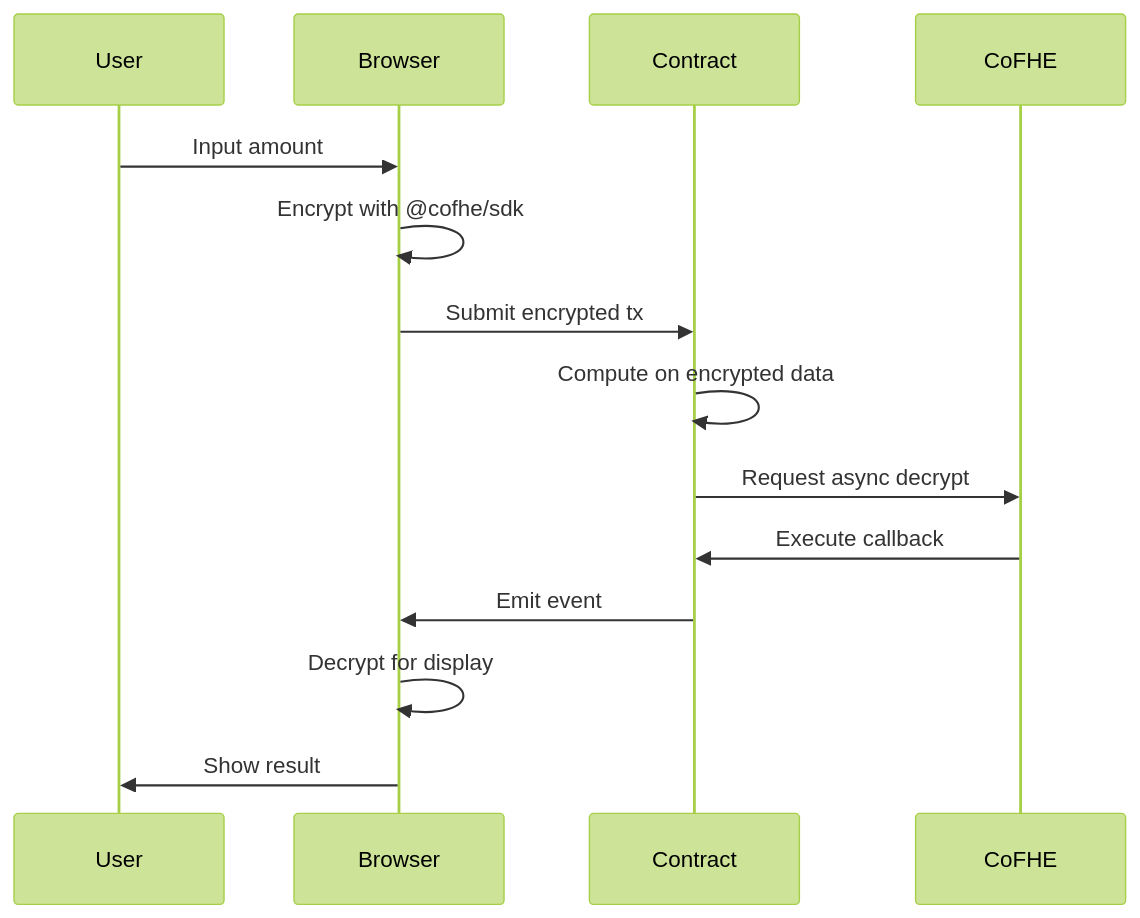
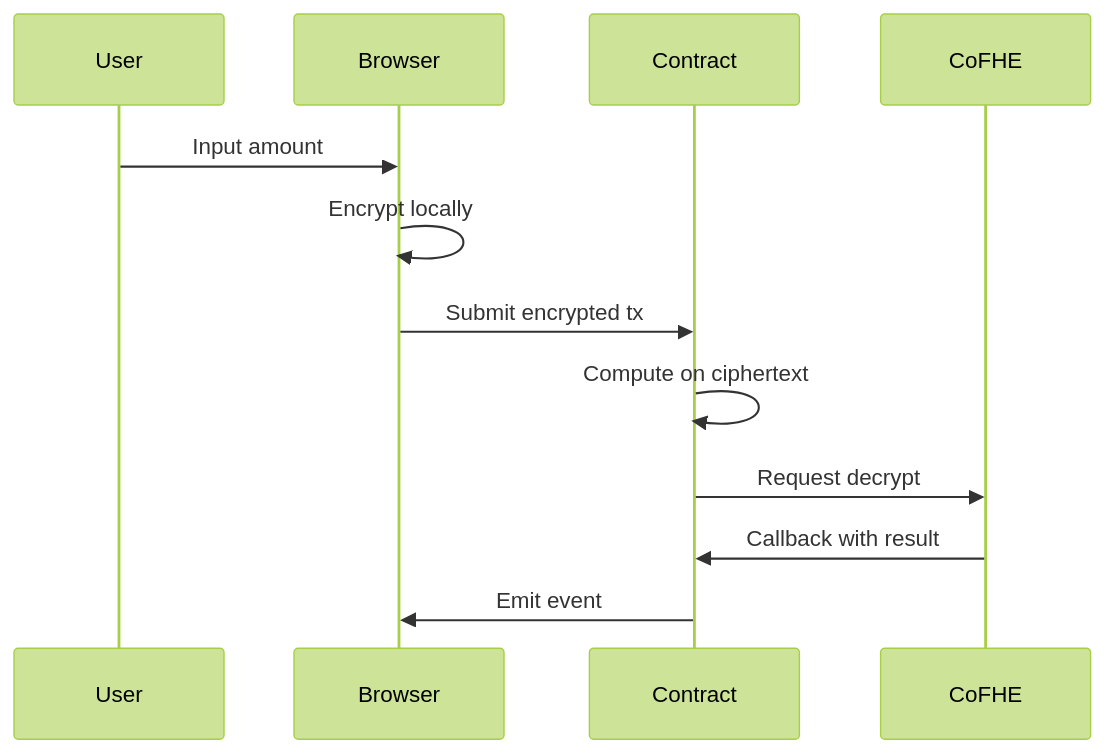
One commit to Iam-jayant/walnut changed the second of 2 diagrams in README.md. Above: the diagram before and after it, drawn with Mermaid (forest theme). The commit also changed other lines of this file and 1 other file, not shown here.

````diff
--- a/README.md
+++ b/README.md
@@ -89,17 +51,10 @@
 ```mermaid
 sequenceDiagram
-    participant User
-    participant Browser
-    participant Contract
-    participant CoFHE
-    
     User->>Browser: Input amount
-    Browser->>Browser: Encrypt with @cofhe/sdk
+    Browser->>Browser: Encrypt locally
     Browser->>Contract: Submit encrypted tx
-    Contract->>Contract: Compute on encrypted data
-    Contract->>CoFHE: Request async decrypt
-    CoFHE->>Contract: Execute callback
+    Contract->>Contract: Compute on ciphertext
+    Contract->>CoFHE: Request decrypt
+    CoFHE->>Contract: Callback with result
     Contract->>Browser: Emit event
-    Browser->>Browser: Decrypt for display
-    Browser->>User: Show result
 ```
````
